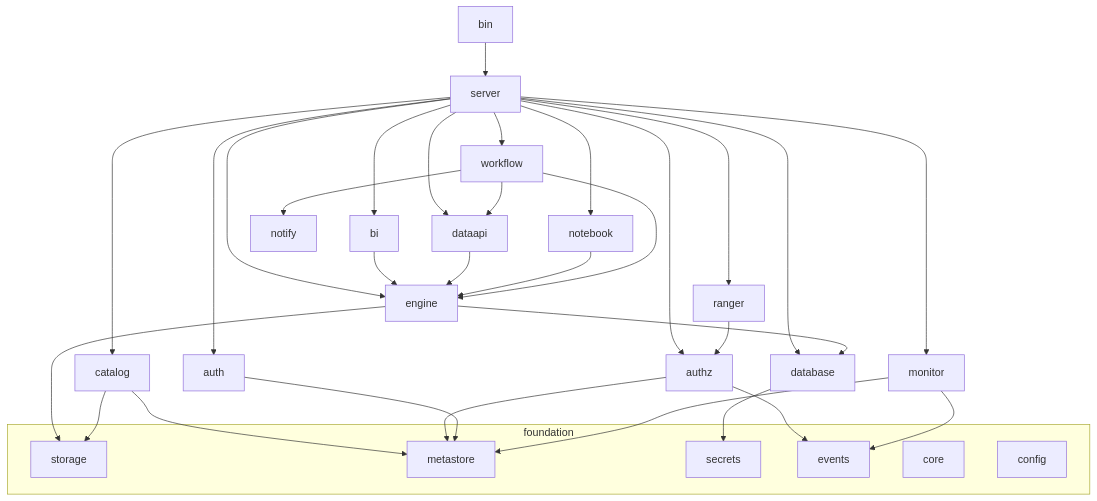
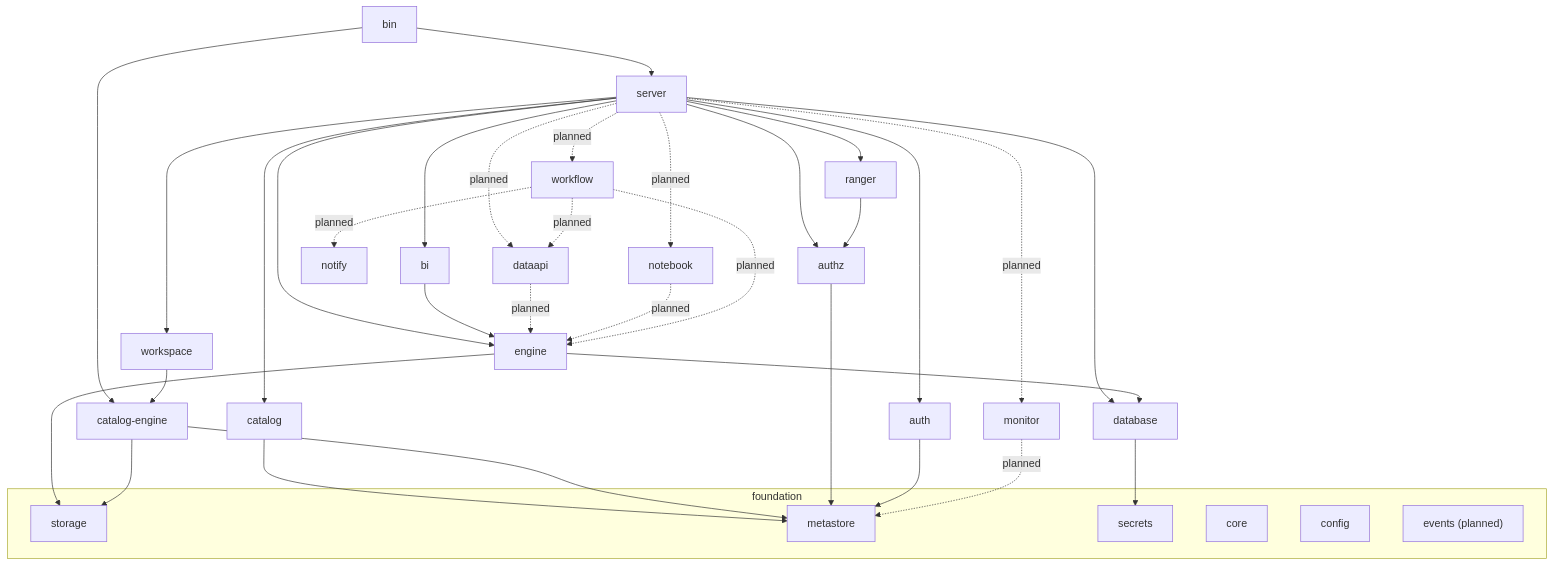
One commit to egret-data/platform changed the fourth of 12 diagrams in docs/en/architecture/2026-06-17-egret-architecture-design.md. Above: the diagram before and after it, drawn with Mermaid. The commit also changed other lines of this file and 2 other files, not shown here.

Commit message:
docs(architecture): v0.2 — embedded lakekeeper catalog, 4-pillar reframe, updated roadmap

````diff
--- a/docs/en/architecture/2026-06-17-egret-architecture-design.md
+++ b/docs/en/architecture/2026-06-17-egret-architecture-design.md
@@ -256,24 +271,28 @@
 ```mermaid
 graph TD
   bin --> server
-  server --> auth & authz & ranger & database & engine & catalog & bi & notebook & dataapi & workflow & monitor
+  bin --> catalog-engine
+  server --> auth & authz & ranger & database & engine & catalog & bi & workspace
+  server -.->|planned| notebook & dataapi & workflow & monitor
   ranger --> authz
   bi --> engine
-  dataapi --> engine
-  notebook --> engine
-  workflow --> engine & notify & dataapi
+  dataapi -.->|planned| engine
+  notebook -.->|planned| engine
+  workflow -.->|planned| engine & notify & dataapi
   engine --> database & storage
-  catalog --> storage & metastore
+  catalog --> metastore
+  catalog-engine --> metastore & storage
+  workspace --> catalog-engine
   database --> secrets
-  authz --> metastore & events
+  authz --> metastore
   auth --> metastore
-  monitor --> events & metastore
+  monitor -.->|planned| metastore
   subgraph foundation
     core
     config
     metastore
     secrets
     storage
-    events
+    events["events (planned)"]
   end
 ```
````
